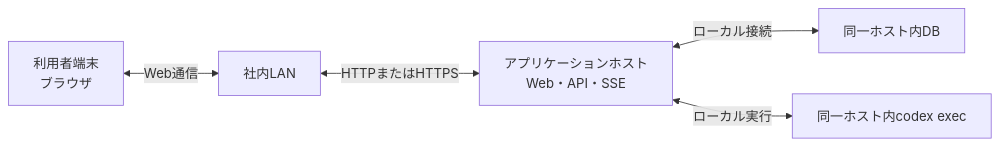
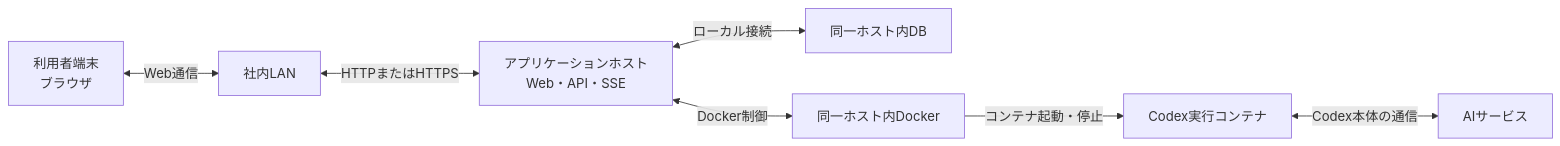
The diagram in docs/02_外部設計/01_システム構成/ネットワーク構成.md (mincsys/D-Concierge), drawn with Mermaid before and after one commit. The commit also changed other lines of this file and 136 other files, not shown here.

````diff
--- a/docs/02_外部設計/01_システム構成/ネットワーク構成.md
+++ b/docs/02_外部設計/01_システム構成/ネットワーク構成.md
@@ -16,13 +17,17 @@
 ```mermaid
 flowchart LR
     browser["利用者端末<br>ブラウザ"]
     lan["社内LAN"]
     app["アプリケーションホスト<br>Web・API・SSE"]
     db["同一ホスト内DB"]
-    codex["同一ホスト内codex exec"]
+    docker["同一ホスト内Docker"]
+    codex["Codex実行コンテナ"]
+    ai["AIサービス"]
 
     browser <-->|Web通信| lan
     lan <-->|HTTPまたはHTTPS| app
     app <-->|ローカル接続| db
-    app <-->|ローカル実行| codex
+    app <-->|Docker制御| docker
+    docker -->|コンテナ起動・停止| codex
+    codex <-->|Codex本体の通信| ai
 ```
````
